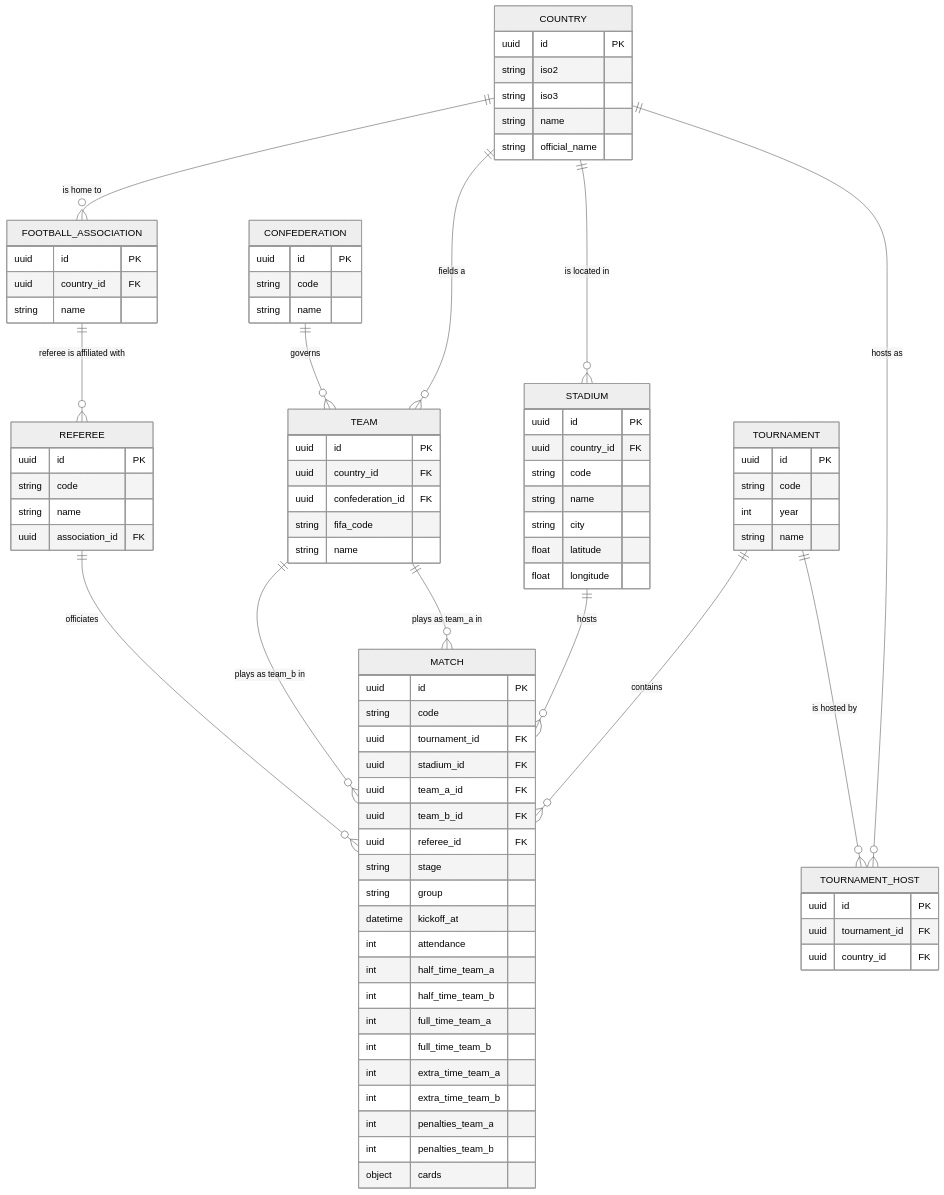
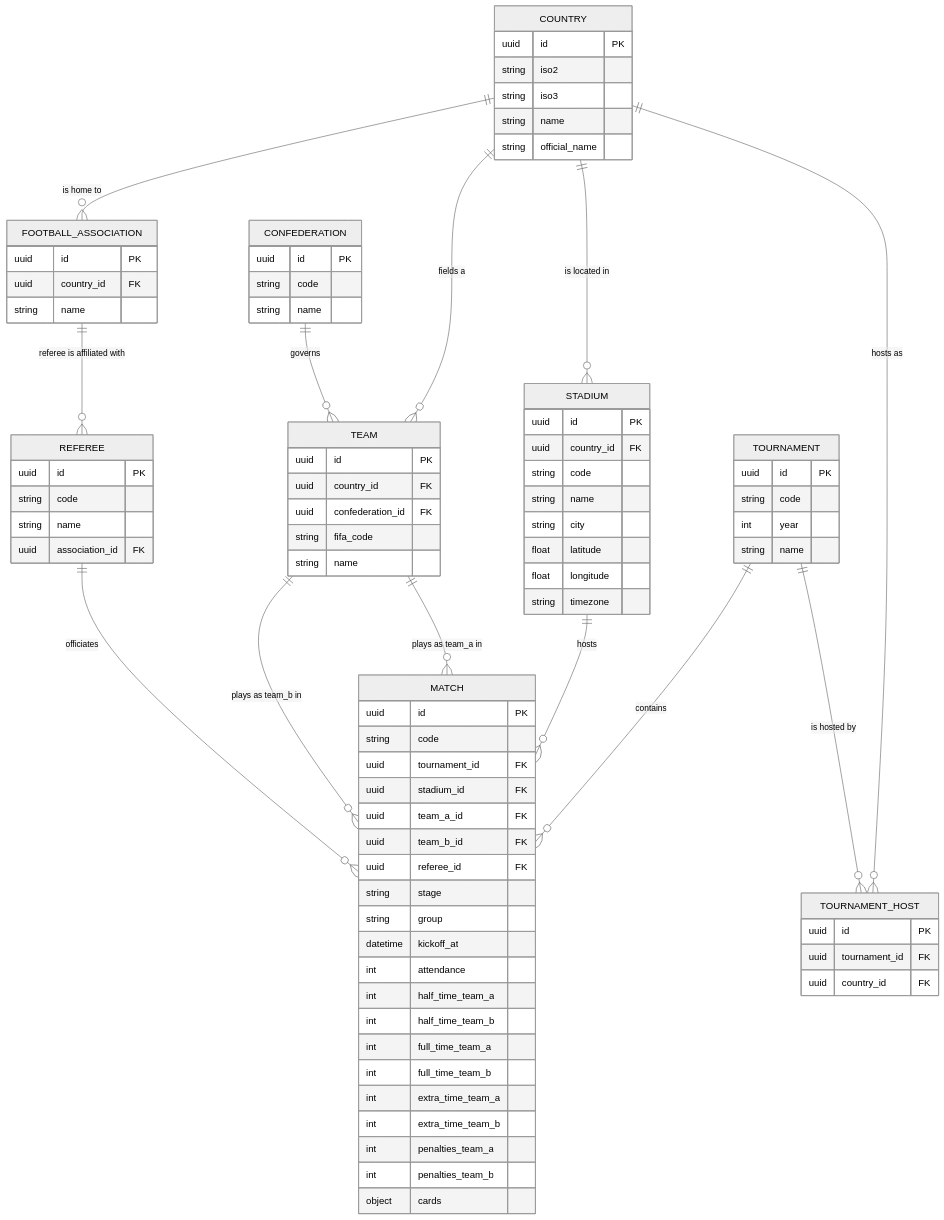
The first of 3 diagrams in docs/DATA_MODEL.md (pawelMSoftware/world-cup-data), drawn with Mermaid (neutral theme) before and after one commit. The commit also changed other lines of this file and 5 other files, not shown here.

```diff
--- a/docs/DATA_MODEL.md
+++ b/docs/DATA_MODEL.md
@@ -53,6 +53,7 @@
         string city
         float latitude
         float longitude
+        string timezone
     }
     TOURNAMENT {
         uuid id PK
```
